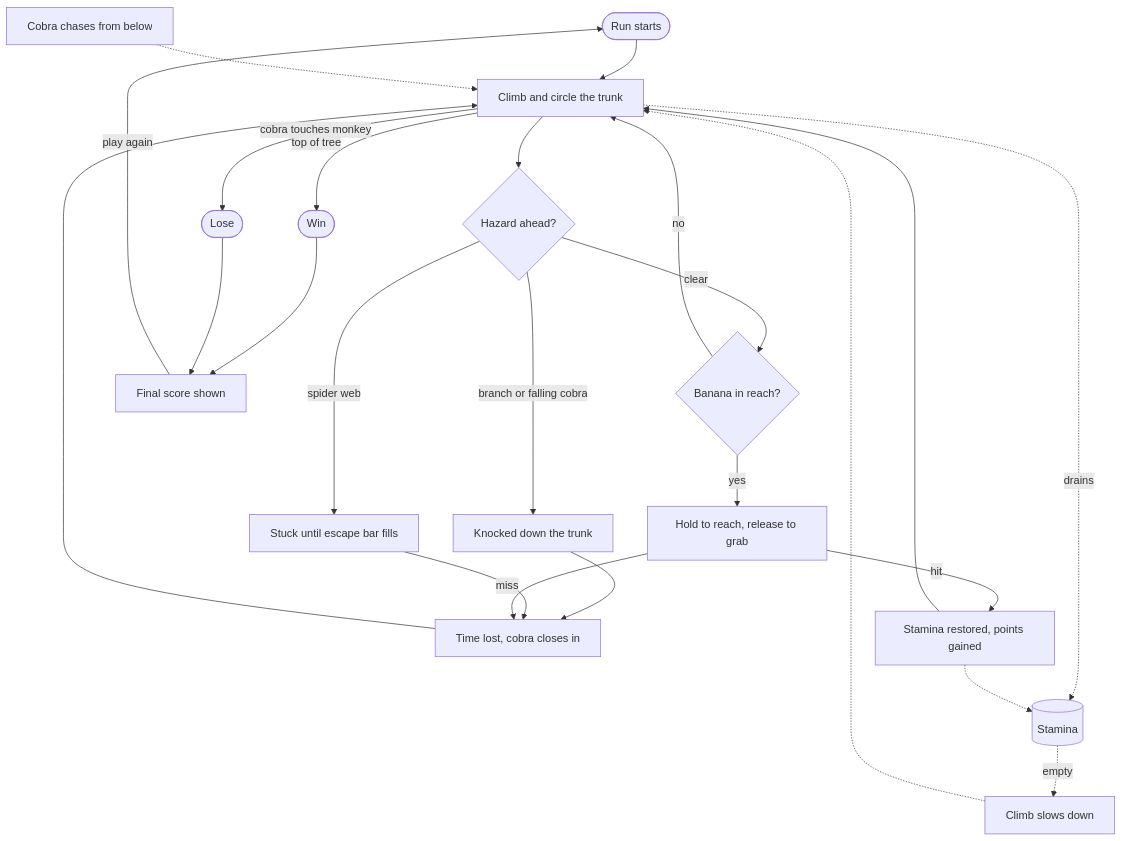
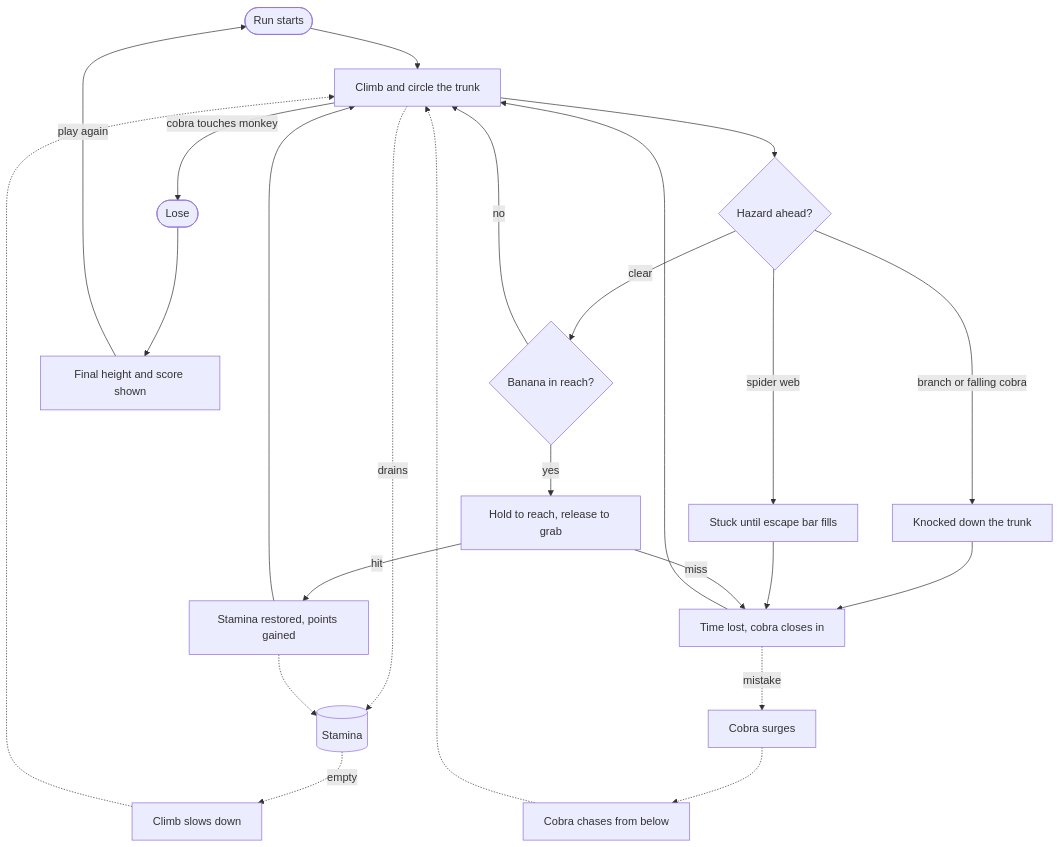
One commit to CSCI-526/Team4-Lu_Lu changed the diagram in docs/gameplay-loop-doc.md. Above: the diagram before and after it, drawn with Mermaid. The commit also changed other lines of this file and 6 other files, not shown here.

First line of the commit message:
remove win condition; make run endless, loss-only, with cobra surge on mistakes

````diff
--- a/docs/gameplay-loop-doc.md
+++ b/docs/gameplay-loop-doc.md
@@ -7,30 +7,30 @@
 ```mermaid
 graph TD
   Start([Run starts]) --> Climb[Climb and circle the trunk]
   Cobra[Cobra chases from below] -.-> Climb
   Climb -.->|drains| Stamina[(Stamina)]
 
   Climb --> Hazard{Hazard ahead?}
   Hazard -->|branch or falling cobra| Hit[Knocked down the trunk]
   Hazard -->|spider web| Stuck[Stuck until escape bar fills]
   Hit --> Cost[Time lost, cobra closes in]
   Stuck --> Cost
+  Cost -.->|mistake| Surge[Cobra surges]
+  Surge -.-> Cobra
   Cost --> Climb
 
   Hazard -->|clear| Banana{Banana in reach?}
   Banana -->|no| Climb
   Banana -->|yes| Grab[Hold to reach, release to grab]
   Grab -->|hit| Restore[Stamina restored, points gained]
   Grab -->|miss| Cost
   Restore -.-> Stamina
   Restore --> Climb
 
   Stamina -.->|empty| Slow[Climb slows down]
   Slow -.-> Climb
 
-  Climb -->|top of tree| Win([Win])
   Climb -->|cobra touches monkey| Lose([Lose])
-  Win --> Result[Final score shown]
-  Lose --> Result
+  Lose --> Result[Final height and score shown]
   Result -->|play again| Start
 ```
````
